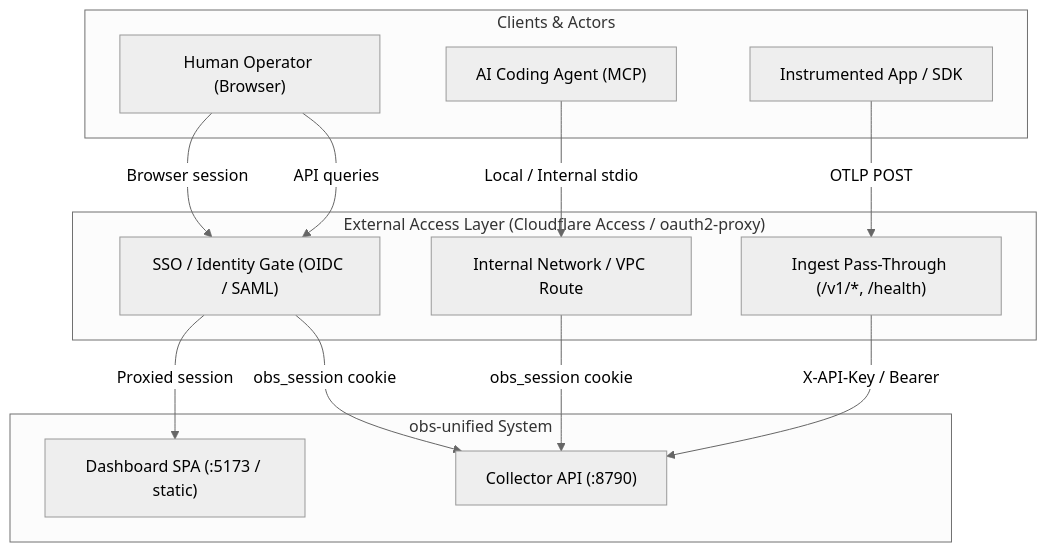
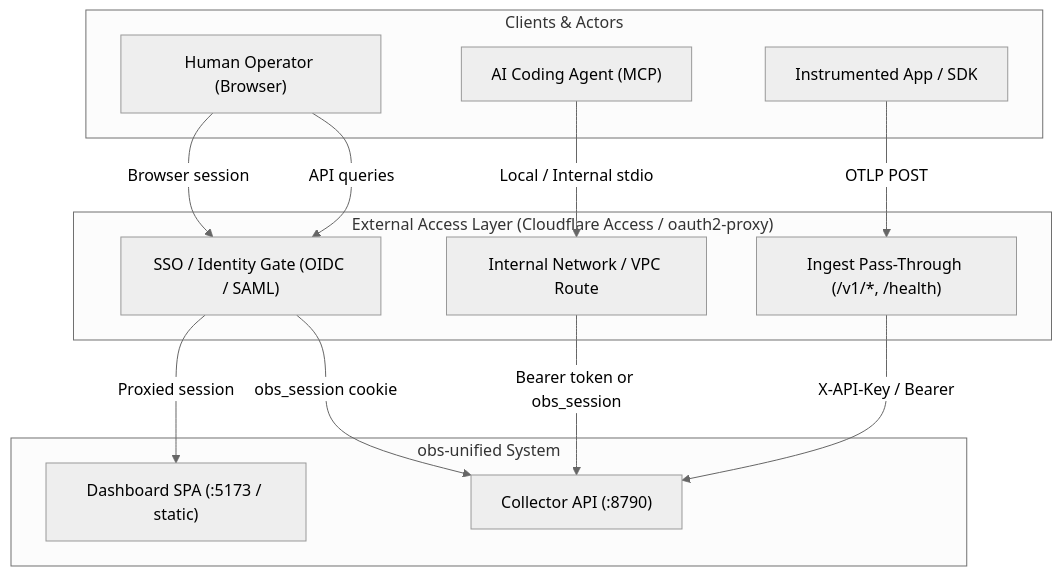
The diagram in docs/ops/identity-access-recipes.md (dev-sawan-ruparel/obs-unified), drawn with Mermaid (neutral theme) before and after one commit. The commit also changed other lines of this file and 18 other files, not shown here.

Commit message:
Add collector dashboard bearer auth for MCP and CLI

````diff
--- a/docs/ops/identity-access-recipes.md
+++ b/docs/ops/identity-access-recipes.md
@@ -27,24 +27,24 @@
 ```mermaid
 flowchart TD
     subgraph External["Clients & Actors"]
         User["Human Operator (Browser)"]
         Agent["AI Coding Agent (MCP)"]
         App["Instrumented App / SDK"]
     end
 
     subgraph Perimeter["External Access Layer (Cloudflare Access / oauth2-proxy)"]
         SSO["SSO / Identity Gate (OIDC / SAML)"]
         DirectNet["Internal Network / VPC Route"]
         Bypass["Ingest Pass-Through (/v1/*, /health)"]
     end
 
     subgraph ObsStack["obs-unified System"]
         Dashboard["Dashboard SPA (:5173 / static)"]
         Collector["Collector API (:8790)"]
     end
 
     User -->|Browser session| SSO -->|Proxied session| Dashboard
     User -->|API queries| SSO -->|obs_session cookie| Collector
-    Agent -->|Local / Internal stdio| DirectNet -->|obs_session cookie| Collector
+    Agent -->|Local / Internal stdio| DirectNet -->|Bearer token or obs_session| Collector
     App -->|OTLP POST| Bypass -->|X-API-Key / Bearer| Collector
 ```
````
